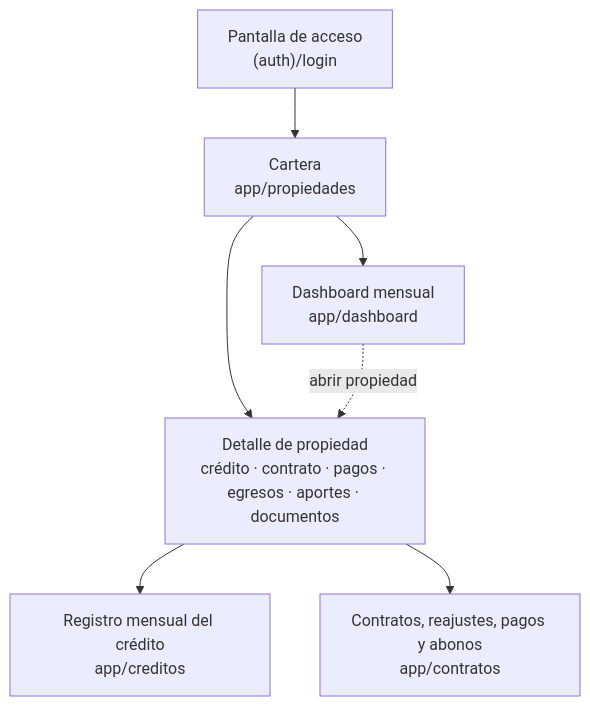
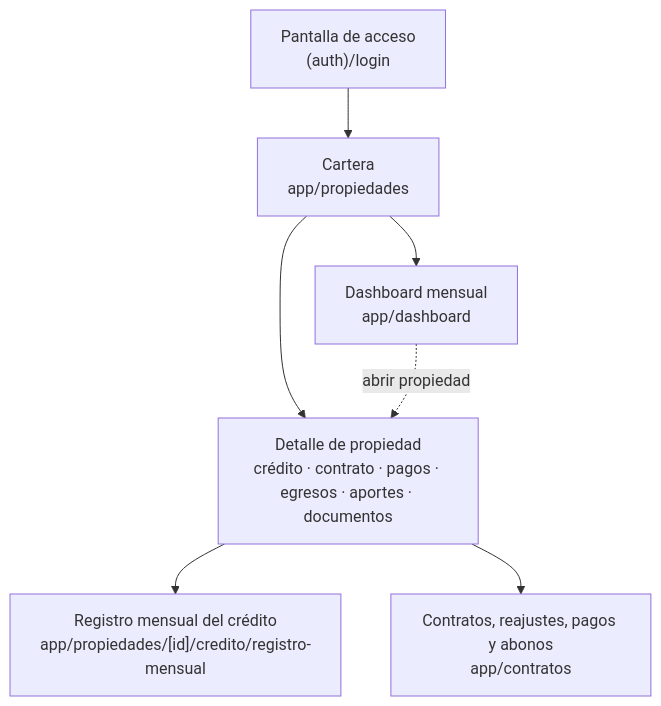
Before and after one commit to elianasaraith/feature-entrega-1-ESRF: the first of 5 diagrams in readme.md, drawn with Mermaid. The commit also changed other lines of this file and 27 other files, not shown here.

````diff
--- a/readme.md
+++ b/readme.md
@@ -112,9 +112,9 @@
 ```mermaid
 flowchart TD
     Login["Pantalla de acceso<br/>(auth)/login"] --> Cartera["Cartera<br/>app/propiedades"]
     Cartera --> Detalle["Detalle de propiedad<br/>crédito · contrato · pagos · egresos · aportes · documentos"]
     Cartera --> Dashboard["Dashboard mensual<br/>app/dashboard"]
-    Detalle --> Registro["Registro mensual del crédito<br/>app/creditos"]
+    Detalle --> Registro["Registro mensual del crédito<br/>app/propiedades/[id]/credito/registro-mensual"]
     Detalle --> Contrato["Contratos, reajustes, pagos y abonos<br/>app/contratos"]
     Dashboard -.->|"abrir propiedad"| Detalle
 ```
````
